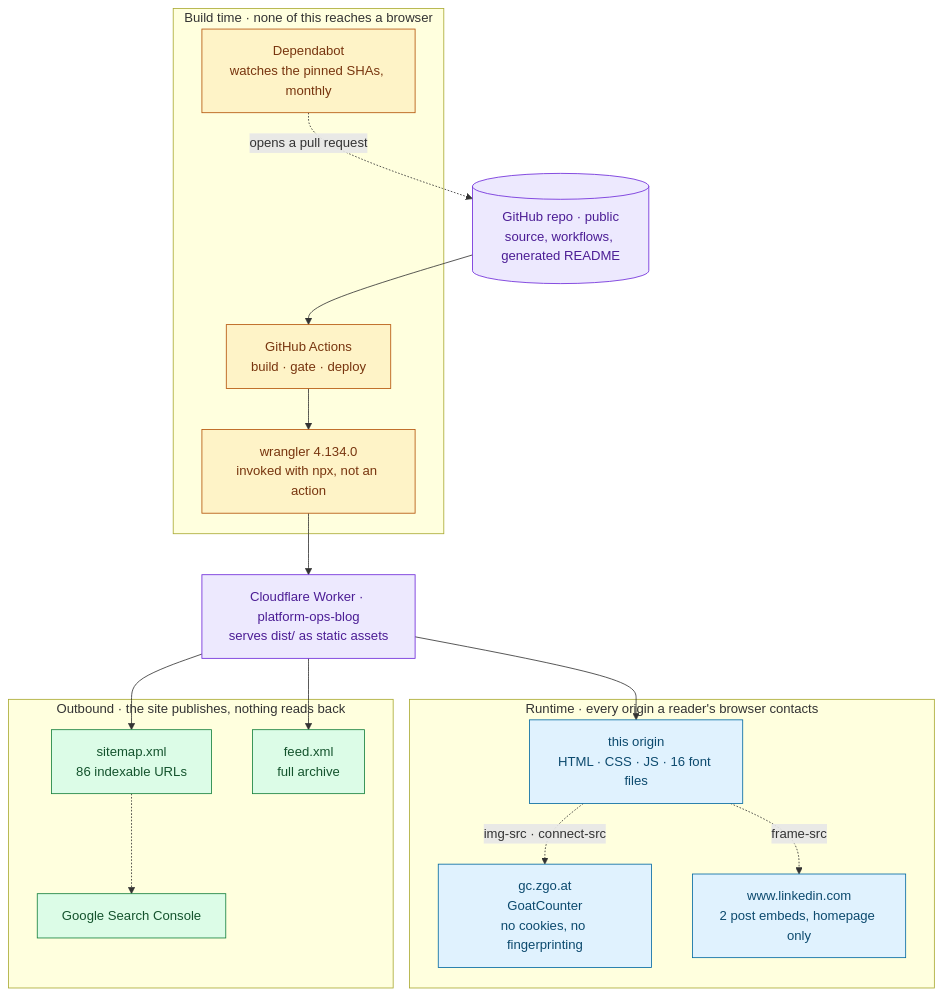
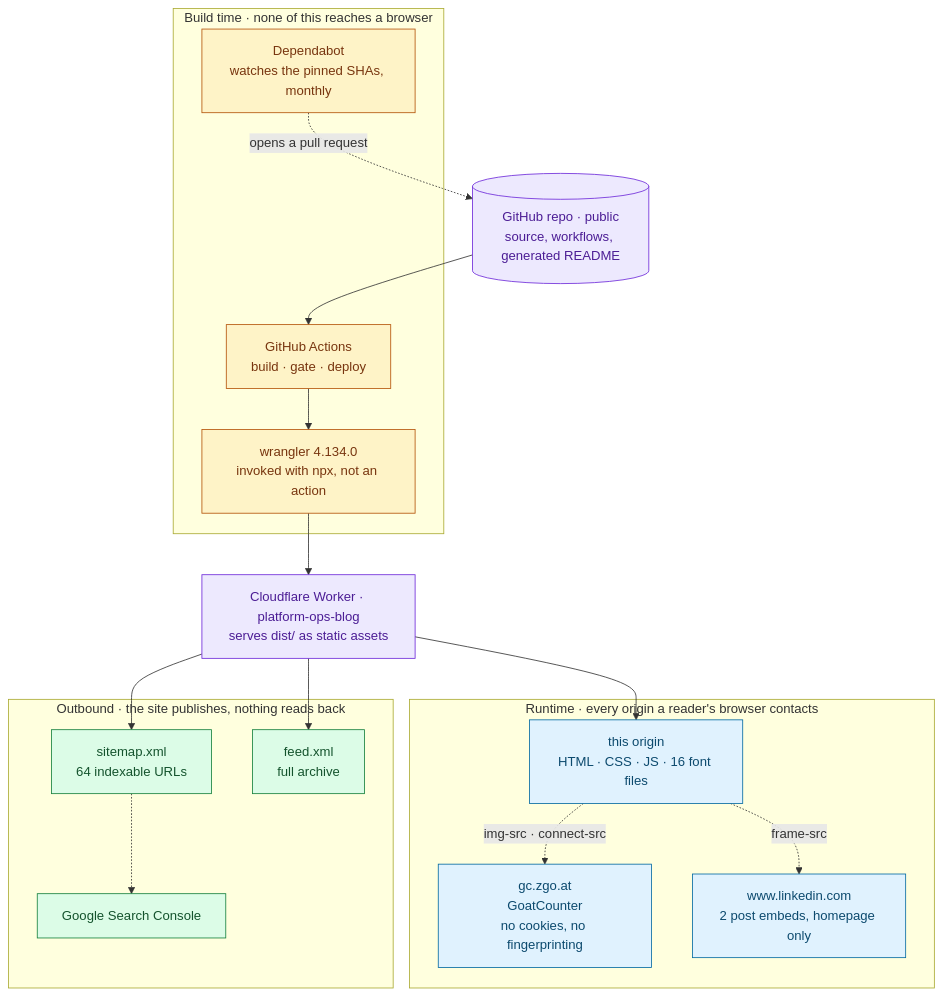
One commit to Vishal-Abhinav/Platform-ops-Newsletter changed the third of 3 diagrams in README.md. Above: the diagram before and after it, drawn with Mermaid. The commit also changed other lines of this file and 12 other files, not shown here.

````diff
--- a/README.md
+++ b/README.md
@@ -269,42 +269,42 @@
 ```mermaid
 flowchart TB
   REPO[("GitHub repo · public<br/>source, workflows, generated README")]
 
   subgraph BT["Build time · none of this reaches a browser"]
     ACT["GitHub Actions<br/>build · gate · deploy"]
     WR["wrangler 4.134.0<br/>invoked with npx, not an action"]
     DB["Dependabot<br/>watches the pinned SHAs, monthly"]
   end
 
   WORKER["Cloudflare Worker · platform-ops-blog<br/>serves dist/ as static assets"]
 
   subgraph RT["Runtime · every origin a reader's browser contacts"]
     SELF["this origin<br/>HTML · CSS · JS · 16 font files"]
     GC["gc.zgo.at<br/>GoatCounter<br/>no cookies, no fingerprinting"]
     LI["www.linkedin.com<br/>2 post embeds, homepage only"]
   end
 
   subgraph OB["Outbound · the site publishes, nothing reads back"]
-    SM["sitemap.xml<br/>86 indexable URLs"]
+    SM["sitemap.xml<br/>64 indexable URLs"]
     RSS["feed.xml<br/>full archive"]
     GSC["Google Search Console"]
   end
 
   REPO --> ACT --> WR --> WORKER
   DB -.->|opens a pull request| REPO
   WORKER --> SELF
   SELF -.->|"img-src · connect-src"| GC
   SELF -.->|frame-src| LI
   WORKER --> SM
   WORKER --> RSS
   SM -.-> GSC
 
   classDef own fill:#ede9fe,stroke:#6d28d9,color:#4c1d95
   classDef bt fill:#fef3c7,stroke:#b45309,color:#78350f
   classDef rt fill:#e0f2fe,stroke:#0369a1,color:#0c4a6e
   classDef ob fill:#dcfce7,stroke:#15803d,color:#14532d
   class REPO,WORKER own
   class ACT,WR,DB bt
   class SELF,GC,LI rt
   class SM,RSS,GSC ob
 ```
````
